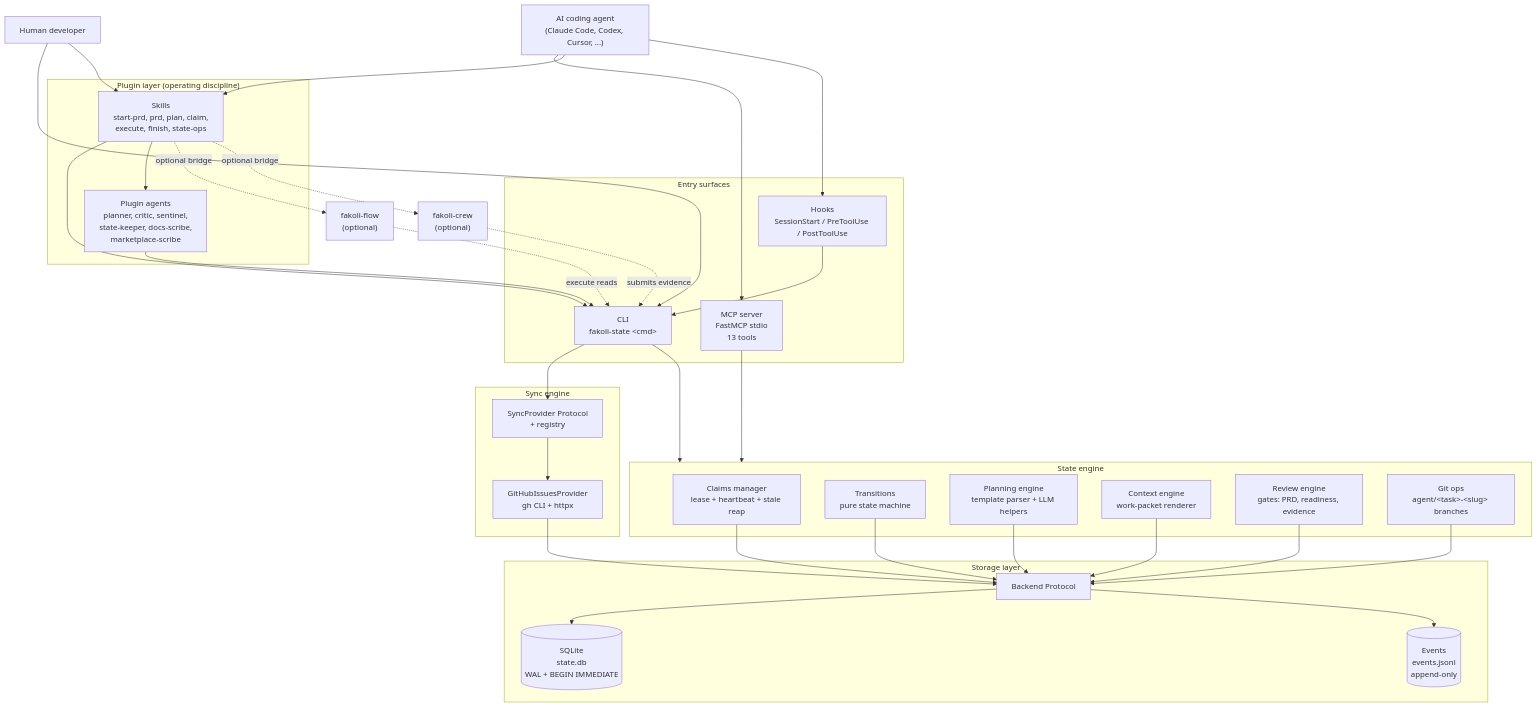
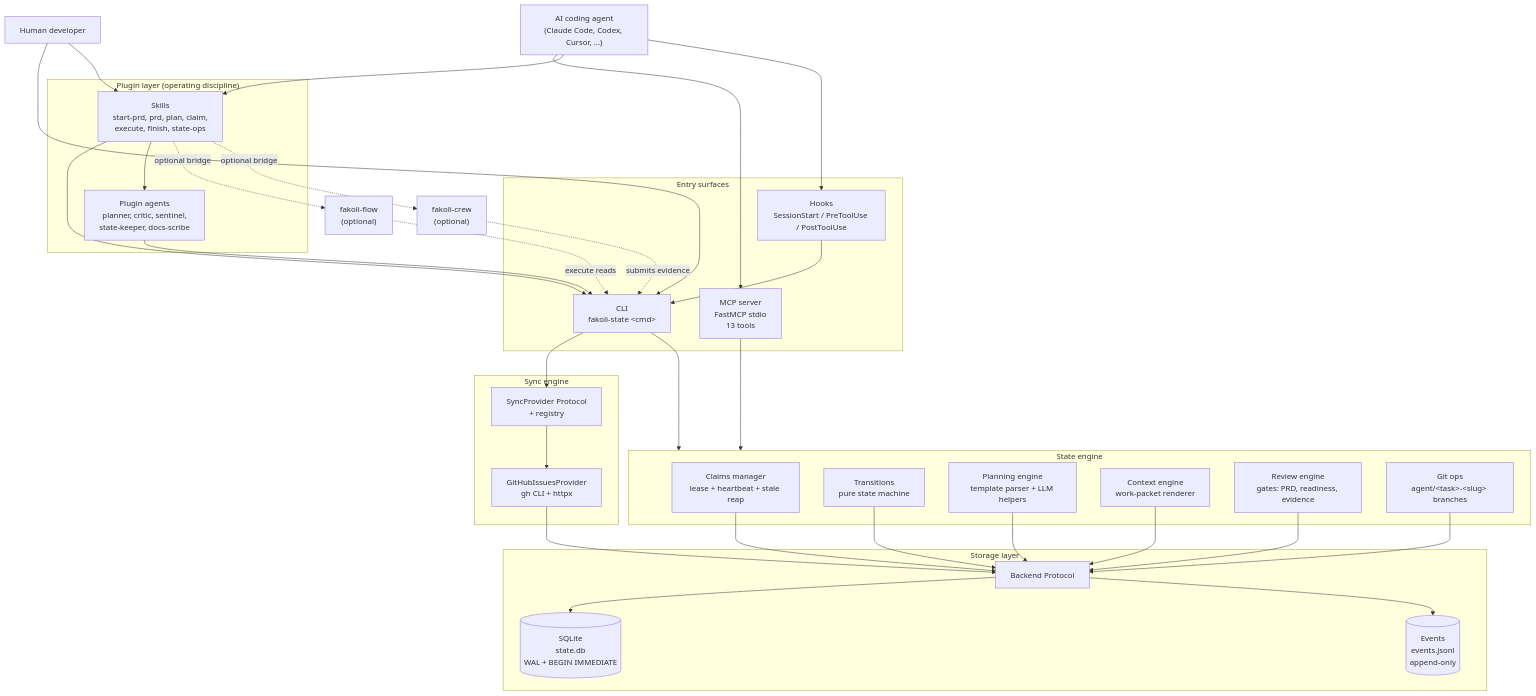
The first of 3 diagrams in docs/architecture.md (fakoli/anvil), drawn with Mermaid before and after one commit. The commit also changed other lines of this file and 15 other files, not shown here.

First line of the commit message:
release: v1.24.0 — trim agent descriptions, remove marketplace-scribe

````diff
--- a/docs/architecture.md
+++ b/docs/architecture.md
@@ -47,71 +47,71 @@
 ```mermaid
 graph TD
     User["Human developer"]
     Agent["AI coding agent<br/>(Claude Code, Codex, Cursor, ...)"]
 
     subgraph Entry["Entry surfaces"]
         CLI["CLI<br/>fakoli-state &lt;cmd&gt;"]
         MCP["MCP server<br/>FastMCP stdio<br/>13 tools"]
         Hooks["Hooks<br/>SessionStart / PreToolUse / PostToolUse"]
     end
 
     subgraph Plugin["Plugin layer (operating discipline)"]
         Skills["Skills<br/>start-prd, prd, plan, claim,<br/>execute, finish, state-ops"]
-        Agents["Plugin agents<br/>planner, critic, sentinel,<br/>state-keeper, docs-scribe,<br/>marketplace-scribe"]
+        Agents["Plugin agents<br/>planner, critic, sentinel,<br/>state-keeper, docs-scribe"]
     end
 
     subgraph Engine["State engine"]
         Claims["Claims manager<br/>lease + heartbeat + stale reap"]
         Transitions["Transitions<br/>pure state machine"]
         Planning["Planning engine<br/>template parser + LLM helpers"]
         Context["Context engine<br/>work-packet renderer"]
         Review["Review engine<br/>gates: PRD, readiness, evidence"]
         GitOps["Git ops<br/>agent/&lt;task&gt;-&lt;slug&gt; branches"]
     end
 
     subgraph Storage["Storage layer"]
         Backend["Backend Protocol"]
         SQLite[("SQLite<br/>state.db<br/>WAL + BEGIN IMMEDIATE")]
         Events[("Events<br/>events.jsonl<br/>append-only")]
     end
 
     subgraph Sync["Sync engine"]
         SyncProto["SyncProvider Protocol<br/>+ registry"]
         GitHub["GitHubIssuesProvider<br/>gh CLI + httpx"]
     end
 
     Flow["fakoli-flow<br/>(optional)"]
     Crew["fakoli-crew<br/>(optional)"]
 
     User --> CLI
     User --> Skills
     Agent --> MCP
     Agent --> Skills
     Agent --> Hooks
 
     CLI --> Engine
     MCP --> Engine
     Hooks --> CLI
     Skills --> CLI
     Skills --> Agents
     Agents --> CLI
 
     Claims --> Backend
     Transitions --> Backend
     Planning --> Backend
     Context --> Backend
     Review --> Backend
     GitOps --> Backend
 
     Backend --> SQLite
     Backend --> Events
 
     CLI --> SyncProto
     SyncProto --> GitHub
     GitHub --> Backend
 
     Skills -.optional bridge.-> Flow
     Skills -.optional bridge.-> Crew
     Flow -.execute reads.-> CLI
     Crew -.submits evidence.-> CLI
 ```
````
